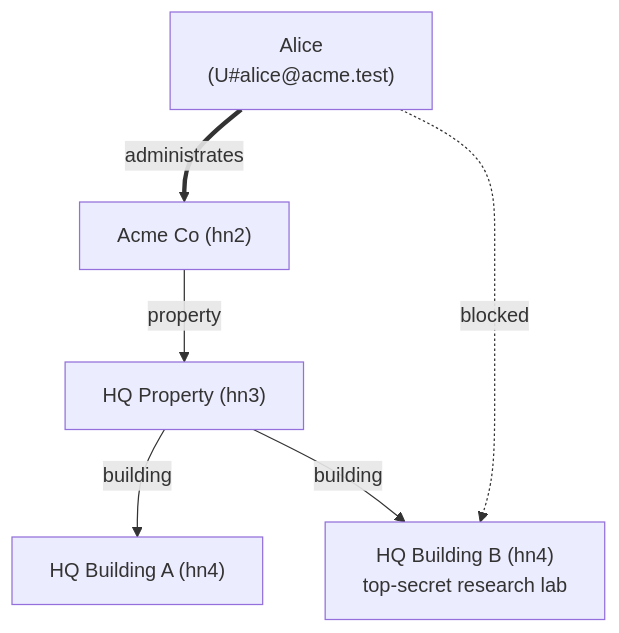
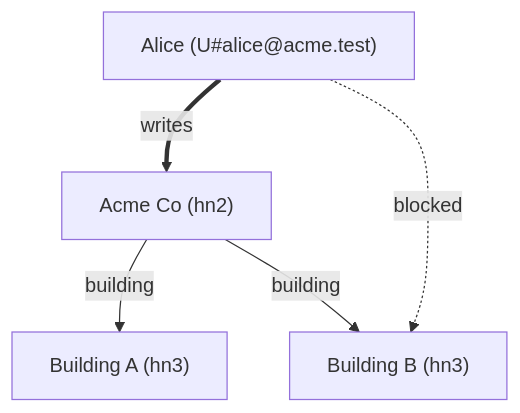
One commit to surt666/ems_rust changed the second of 3 diagrams in docs/hierarchy-and-sensors.md. Above: the diagram before and after it, drawn with Mermaid. The commit also changed other lines of this file and 7 other files, not shown here.

````diff
--- a/docs/hierarchy-and-sensors.md
+++ b/docs/hierarchy-and-sensors.md
@@ -158,9 +189,8 @@
 ```mermaid
 graph TD
-  C["Acme Co (hn2)"] -->|property| HQ["HQ Property (hn3)"]
-  HQ -->|building| HBA["HQ Building A (hn4)"]
-  HQ -->|building| HBB["HQ Building B (hn4)<br/>top-secret research lab"]
+  C["Acme Co (hn2)"] -->|building| B1["Building A (hn3)"]
+  C -->|building| B2["Building B (hn3)"]
 
-  Alice["Alice<br/>(U#alice@acme.test)"] ==>|administrates| C
-  Alice -.->|blocked| HBB
+  Alice["Alice (U#alice@acme.test)"] ==>|writes| C
+  Alice -.->|blocked| B2
 ```
````
